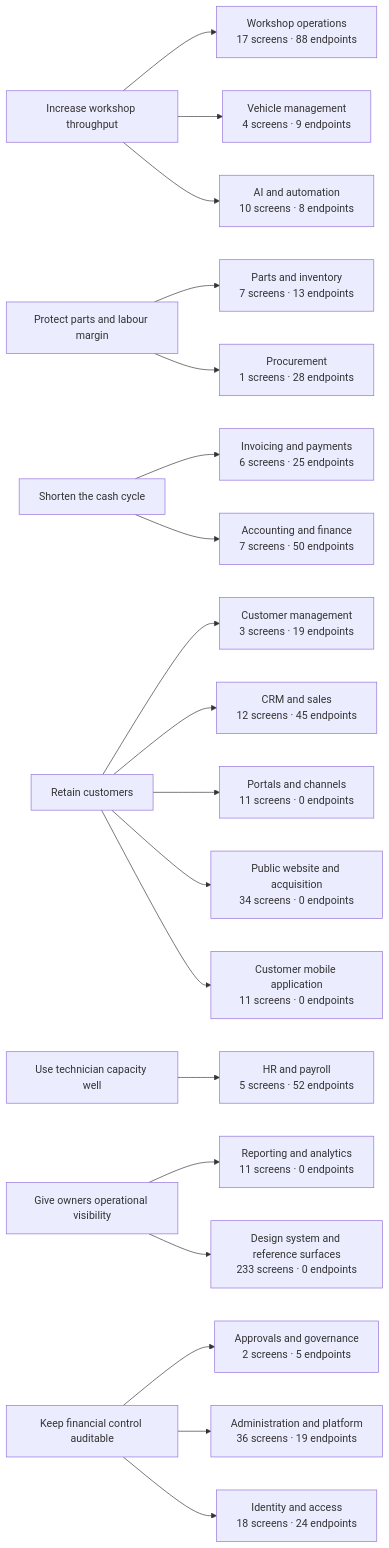
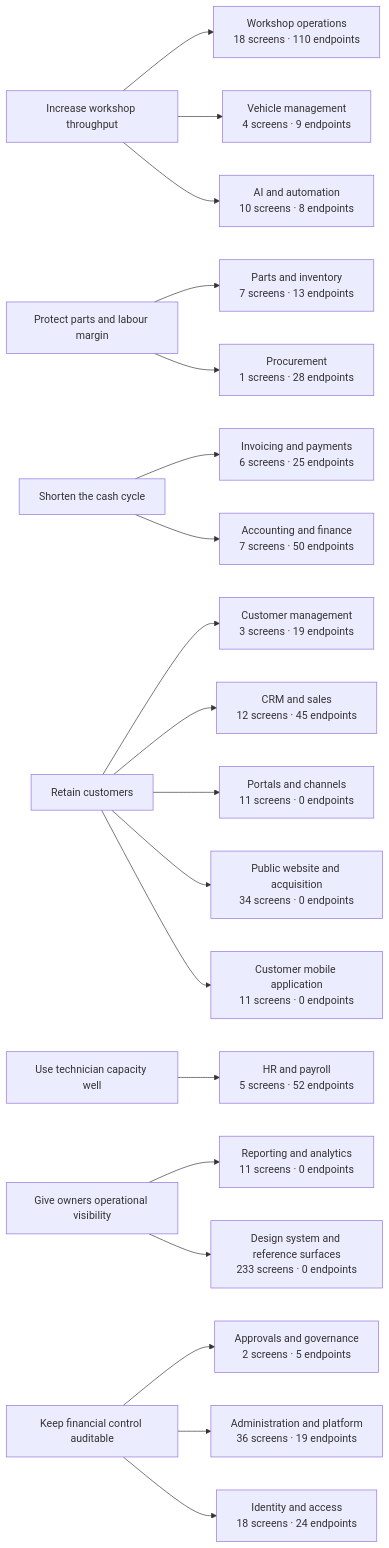
Before and after one commit to tazamohd/SlClNe: the diagram in docs/07_BUSINESS_ANALYSIS/BUSINESS_CAPABILITY_MAP.md, drawn with Mermaid. The commit also changed other lines of this file and 84 other files, not shown here.

````diff
--- a/docs/07_BUSINESS_ANALYSIS/BUSINESS_CAPABILITY_MAP.md
+++ b/docs/07_BUSINESS_ANALYSIS/BUSINESS_CAPABILITY_MAP.md
@@ -22,46 +22,46 @@
 ```mermaid
 flowchart LR
   OBJ_THROUGHPUT["Increase workshop throughput"]
   OBJ_MARGIN["Protect parts and labour margin"]
   OBJ_CASH["Shorten the cash cycle"]
   OBJ_RETENTION["Retain customers"]
   OBJ_CAPACITY["Use technician capacity well"]
   OBJ_VISIBILITY["Give owners operational visibility"]
   OBJ_CONTROL["Keep financial control auditable"]
-  CAP_WORKSHOP["Workshop operations<br/>17 screens · 88 endpoints"]
+  CAP_WORKSHOP["Workshop operations<br/>18 screens · 110 endpoints"]
   OBJ_THROUGHPUT --> CAP_WORKSHOP
   CAP_CUSTOMERS["Customer management<br/>3 screens · 19 endpoints"]
   OBJ_RETENTION --> CAP_CUSTOMERS
   CAP_VEHICLES["Vehicle management<br/>4 screens · 9 endpoints"]
   OBJ_THROUGHPUT --> CAP_VEHICLES
   CAP_INVENTORY["Parts and inventory<br/>7 screens · 13 endpoints"]
   OBJ_MARGIN --> CAP_INVENTORY
   CAP_PROCUREMENT["Procurement<br/>1 screens · 28 endpoints"]
   OBJ_MARGIN --> CAP_PROCUREMENT
   CAP_BILLING["Invoicing and payments<br/>6 screens · 25 endpoints"]
   OBJ_CASH --> CAP_BILLING
   CAP_ACCOUNTING["Accounting and finance<br/>7 screens · 50 endpoints"]
   OBJ_CASH --> CAP_ACCOUNTING
   CAP_HR["HR and payroll<br/>5 screens · 52 endpoints"]
   OBJ_CAPACITY --> CAP_HR
   CAP_CRM["CRM and sales<br/>12 screens · 45 endpoints"]
   OBJ_RETENTION --> CAP_CRM
   CAP_REPORTING["Reporting and analytics<br/>11 screens · 0 endpoints"]
   OBJ_VISIBILITY --> CAP_REPORTING
   CAP_GOVERNANCE["Approvals and governance<br/>2 screens · 5 endpoints"]
   OBJ_CONTROL --> CAP_GOVERNANCE
   CAP_PORTALS["Portals and channels<br/>11 screens · 0 endpoints"]
   OBJ_RETENTION --> CAP_PORTALS
   CAP_AI["AI and automation<br/>10 screens · 8 endpoints"]
   OBJ_THROUGHPUT --> CAP_AI
   CAP_PLATFORM["Administration and platform<br/>36 screens · 19 endpoints"]
   OBJ_CONTROL --> CAP_PLATFORM
   CAP_IDENTITY["Identity and access<br/>18 screens · 24 endpoints"]
   OBJ_CONTROL --> CAP_IDENTITY
   CAP_WEBSITE["Public website and acquisition<br/>34 screens · 0 endpoints"]
   OBJ_RETENTION --> CAP_WEBSITE
   CAP_CUSTOMERAPP["Customer mobile application<br/>11 screens · 0 endpoints"]
   OBJ_RETENTION --> CAP_CUSTOMERAPP
   CAP_DESIGNSYSTEM["Design system and reference surfaces<br/>233 screens · 0 endpoints"]
   OBJ_VISIBILITY --> CAP_DESIGNSYSTEM
 ```
````
